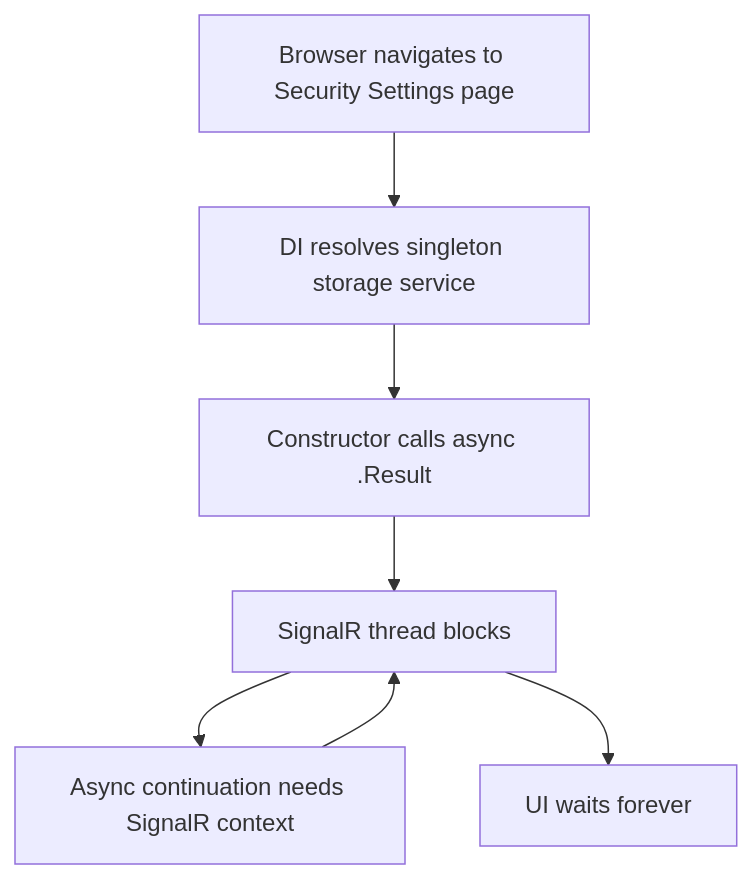
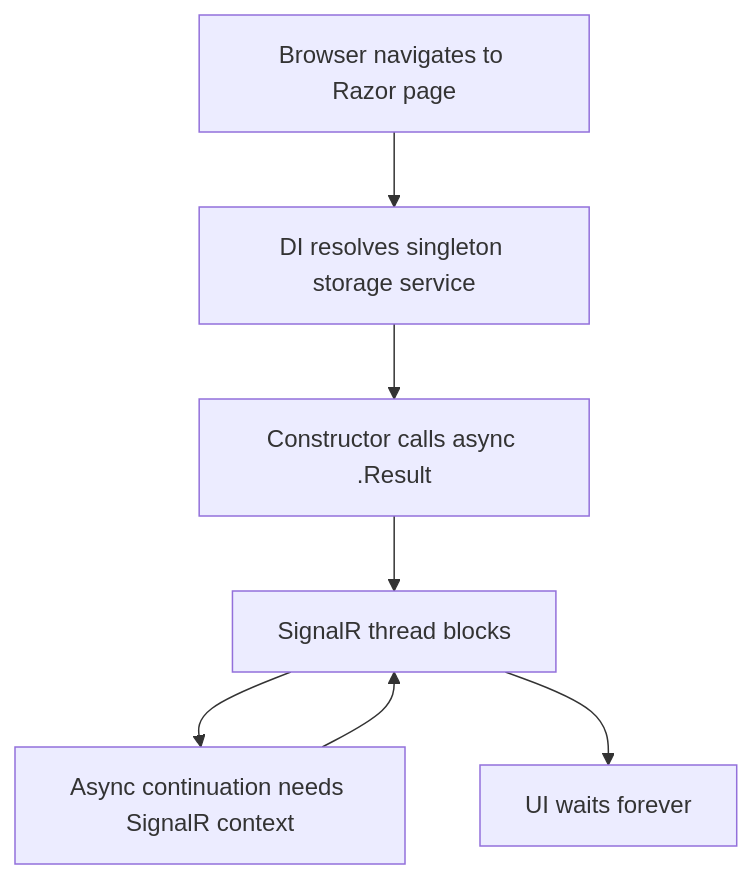
The diagram in Blogs/when-ai-agent-breaks-your-app/post.md (BartNetJS/portofolio), drawn with Mermaid before and after one commit. The commit also changed other lines of this file and 11 other files, not shown here.

````diff
--- a/Blogs/when-ai-agent-breaks-your-app/post.md
+++ b/Blogs/when-ai-agent-breaks-your-app/post.md
@@ -51,13 +71,13 @@
 ```mermaid
 flowchart TD
-    A[Browser navigates to Security Settings page]
+    A[Browser navigates to Razor page]
     B[DI resolves singleton storage service]
     C[Constructor calls async .Result]
     D[SignalR thread blocks]
     E[Async continuation needs SignalR context]
     F[UI waits forever]
 
     A --> B --> C --> D
     D --> E --> D
     D --> F
 ```
````
